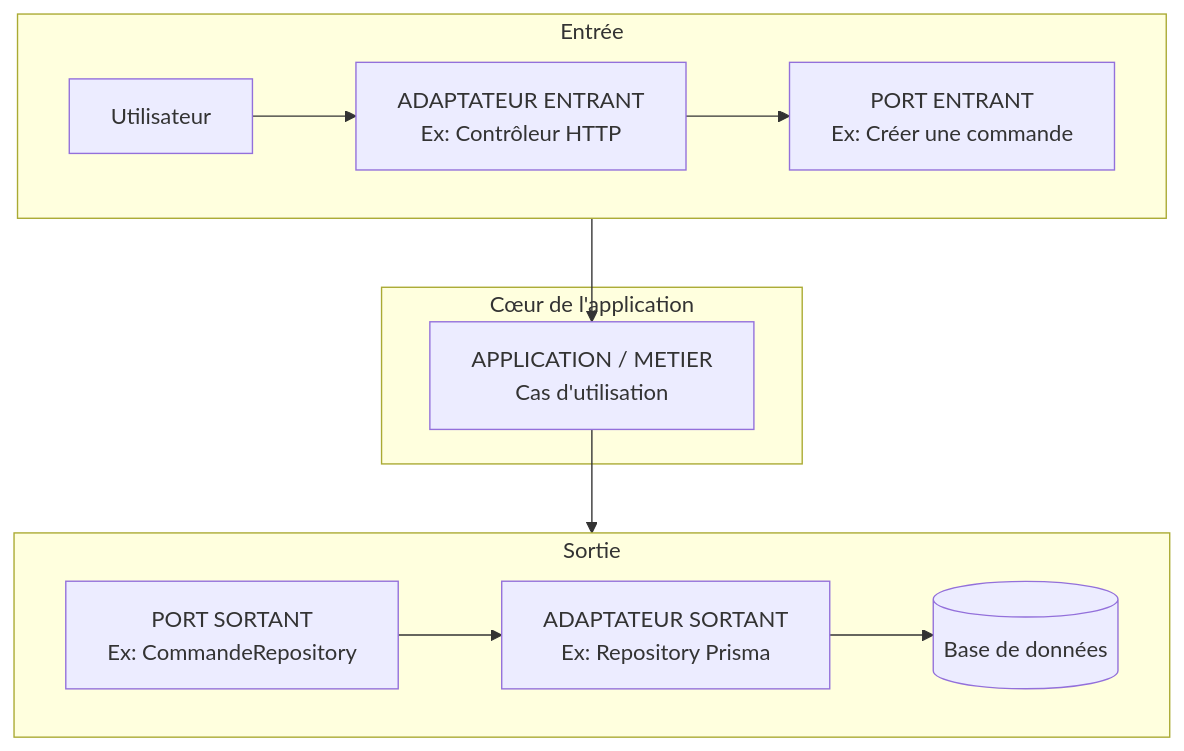
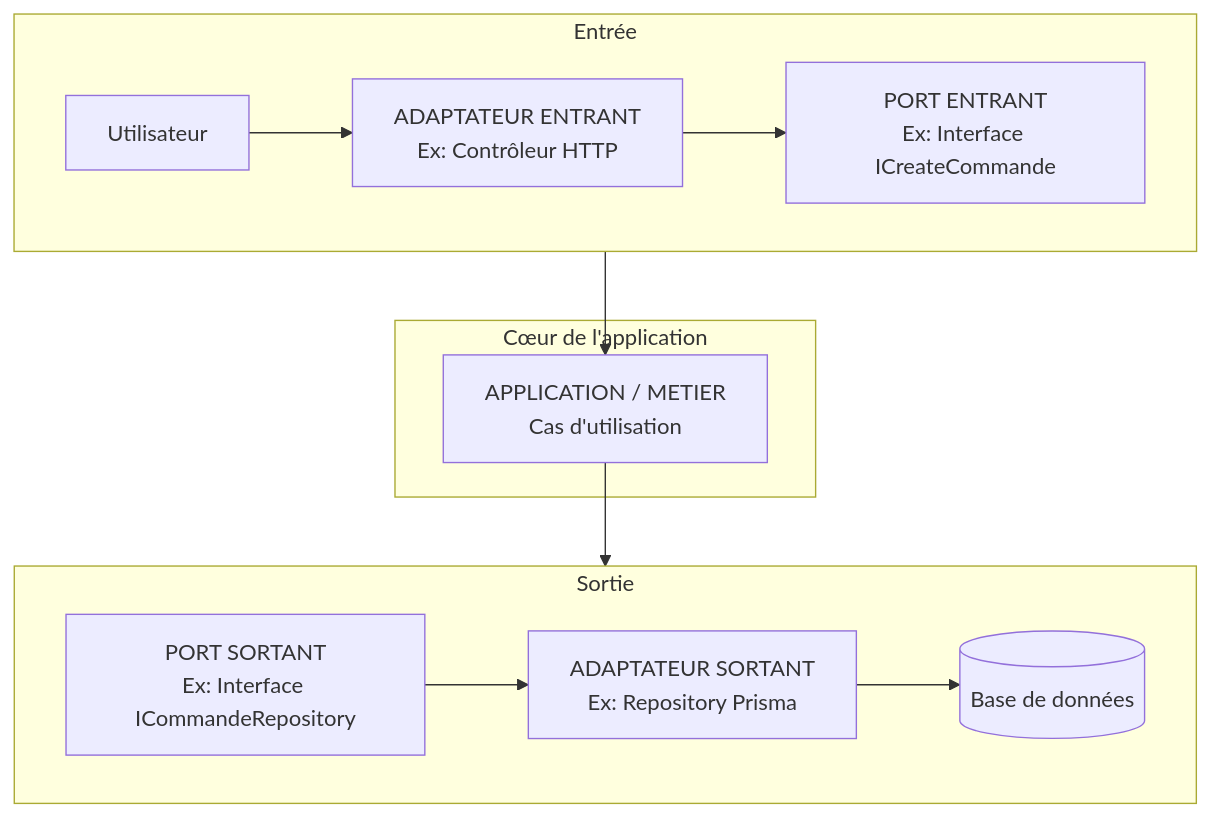
One commit to donnatchris/DDD changed the fourth of 4 diagrams in ARCHITECTURE.md. Above: the diagram before and after it, drawn with Mermaid.

````diff
--- a/ARCHITECTURE.md
+++ b/ARCHITECTURE.md
@@ -278,28 +278,28 @@
 ```mermaid
 flowchart TB
 
     subgraph ENTREE["Entrée"]
         direction LR
         USER[Utilisateur]
         CONTROLLER[ADAPTATEUR ENTRANT<br/>Ex: Contrôleur HTTP]
-        INPORT[PORT ENTRANT<br/>Ex: Créer une commande]
+        INPORT[PORT ENTRANT<br/>Ex: Interface ICreateCommande]
 
         USER --> CONTROLLER --> INPORT
     end
 
     subgraph COEUR["Cœur de l'application"]
         APP[APPLICATION / METIER<br/>Cas d'utilisation]
     end
 
     subgraph SORTIE["Sortie"]
         direction LR
-        OUTPORT[PORT SORTANT<br/>Ex: CommandeRepository]
+        OUTPORT[PORT SORTANT<br/>Ex: Interface ICommandeRepository]
         REPOSITORY[ADAPTATEUR SORTANT<br/>Ex: Repository Prisma]
         DB[(Base de données)]
 
         OUTPORT --> REPOSITORY --> DB
     end
 
     INPORT --> APP
     APP --> OUTPORT
 ```
````
